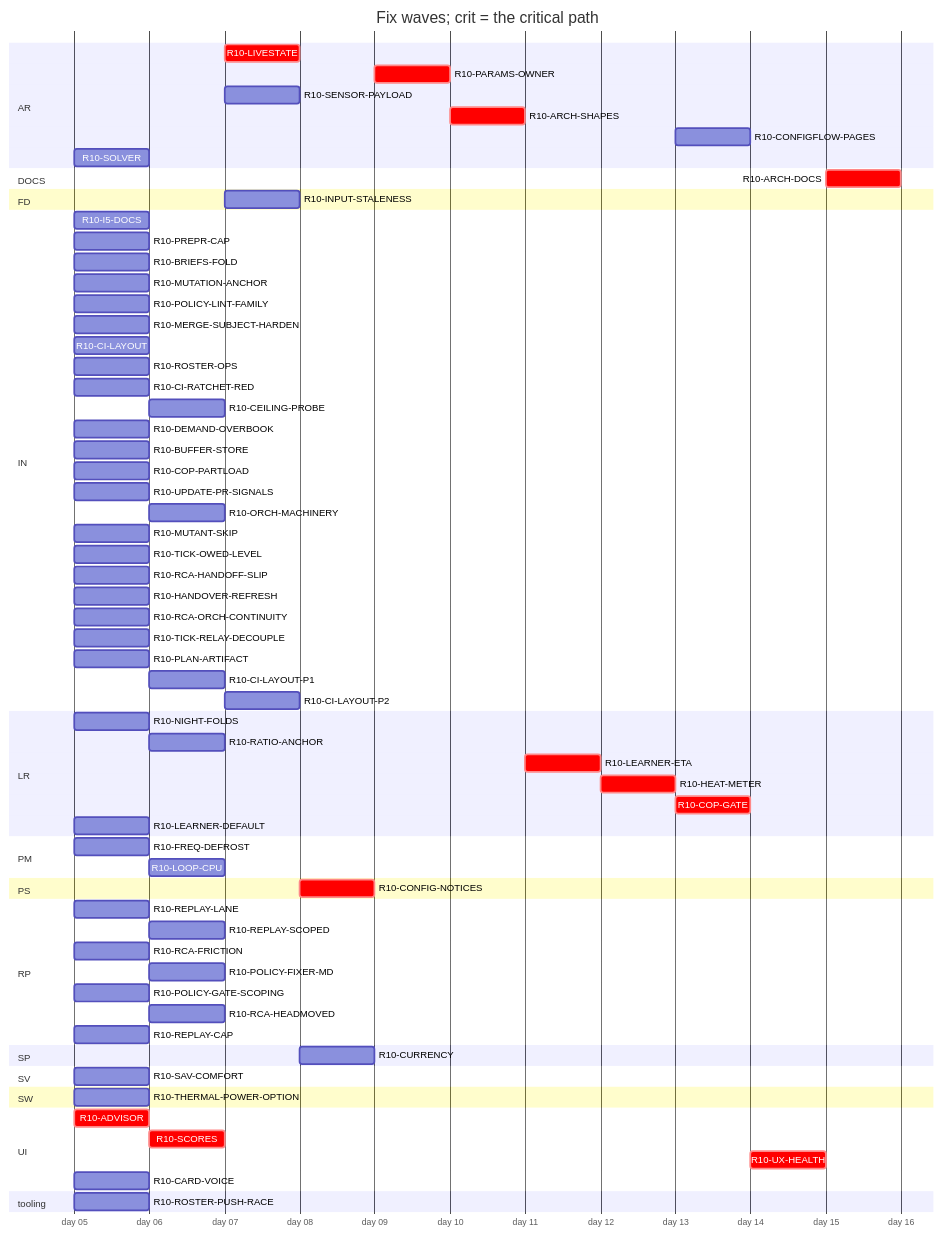
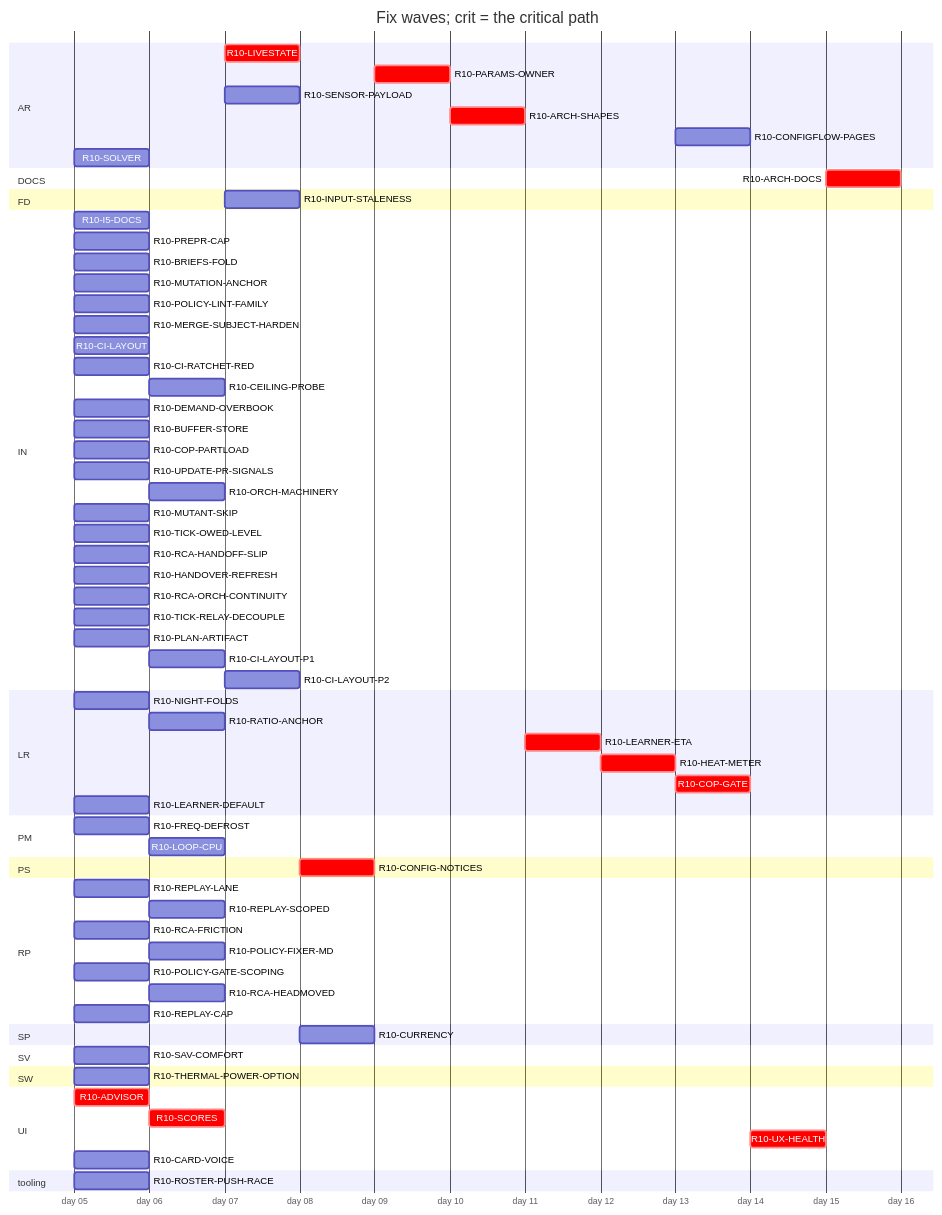
The diagram in handoff/round10/state/PLAN-TABLE.md (tvofi/heatpump_optimizer), drawn with Mermaid before and after one commit. The commit also changed other lines of this file and 2 other files, not shown here.

````diff
--- a/handoff/round10/state/PLAN-TABLE.md
+++ b/handoff/round10/state/PLAN-TABLE.md
@@ -26,75 +26,74 @@
 ```mermaid
 gantt
   title Fix waves; crit = the critical path
   dateFormat YYYY-MM-DD
   axisFormat day %d
   section AR
     R10-LIVESTATE :crit, r10LIVESTATE, after r10SCORES, 1d
     R10-PARAMS-OWNER :crit, r10PARAMSOWNER, after r10CONFIGNOTICES, 1d
     R10-SENSOR-PAYLOAD :r10SENSORPAYLOAD, after r10SCORES, 1d
     R10-ARCH-SHAPES :crit, r10ARCHSHAPES, after r10PARAMSOWNER r10SENSORPAYLOAD r10FREQDEFROST, 1d
     R10-CONFIGFLOW-PAGES :r10CONFIGFLOWPAGES, after r10HEATMETER, 1d
     R10-SOLVER :r10SOLVER, 2026-01-05, 1d
   section DOCS
     R10-ARCH-DOCS :crit, r10ARCHDOCS, after r10NIGHTFOLDS r10RATIOANCHOR r10INPUTSTALENESS r10CURRENCY r10FREQDEFROST r10LOOPCPU r10ADVISOR r10SCORES r10LIVESTATE r10CONFIGNOTICES r10PARAMSOWNER r10SENSORPAYLOAD r10ARCHSHAPES r10LEARNERETA r10HEATMETER r10COPGATE r10UXHEALTH r10CONFIGFLOWPAGES r10SOLVER r10I5DOCS r10BRIEFSFOLD r10REPLAYLANE r10REPLAYSCOPED, 1d
   section FD
     R10-INPUT-STALENESS :r10INPUTSTALENESS, after r10RATIOANCHOR, 1d
   section IN
     R10-I5-DOCS :r10I5DOCS, 2026-01-05, 1d
     R10-PREPR-CAP :r10PREPRCAP, 2026-01-05, 1d
     R10-BRIEFS-FOLD :r10BRIEFSFOLD, 2026-01-05, 1d
     R10-MUTATION-ANCHOR :r10MUTATIONANCHOR, 2026-01-05, 1d
     R10-POLICY-LINT-FAMILY :r10POLICYLINTFAMILY, 2026-01-05, 1d
     R10-MERGE-SUBJECT-HARDEN :r10MERGESUBJECTHARDEN, 2026-01-05, 1d
     R10-CI-LAYOUT :r10CILAYOUT, 2026-01-05, 1d
-    R10-ROSTER-OPS :r10ROSTEROPS, 2026-01-05, 1d
     R10-CI-RATCHET-RED :r10CIRATCHETRED, 2026-01-05, 1d
     R10-CEILING-PROBE :r10CEILINGPROBE, after r10CILAYOUT r10NIGHTFOLDS, 1d
     R10-DEMAND-OVERBOOK :r10DEMANDOVERBOOK, 2026-01-05, 1d
     R10-BUFFER-STORE :r10BUFFERSTORE, 2026-01-05, 1d
     R10-COP-PARTLOAD :r10COPPARTLOAD, 2026-01-05, 1d
     R10-UPDATE-PR-SIGNALS :r10UPDATEPRSIGNALS, 2026-01-05, 1d
-    R10-ORCH-MACHINERY :r10ORCHMACHINERY, after r10ROSTEROPS r10CILAYOUT, 1d
+    R10-ORCH-MACHINERY :r10ORCHMACHINERY, after r10CILAYOUT, 1d
     R10-MUTANT-SKIP :r10MUTANTSKIP, 2026-01-05, 1d
     R10-TICK-OWED-LEVEL :r10TICKOWEDLEVEL, 2026-01-05, 1d
     R10-RCA-HANDOFF-SLIP :r10RCAHANDOFFSLIP, 2026-01-05, 1d
     R10-HANDOVER-REFRESH :r10HANDOVERREFRESH, 2026-01-05, 1d
     R10-RCA-ORCH-CONTINUITY :r10RCAORCHCONTINUITY, 2026-01-05, 1d
     R10-TICK-RELAY-DECOUPLE :r10TICKRELAYDECOUPLE, 2026-01-05, 1d
     R10-PLAN-ARTIFACT :r10PLANARTIFACT, 2026-01-05, 1d
     R10-CI-LAYOUT-P1 :r10CILAYOUTP1, after r10CILAYOUT, 1d
     R10-CI-LAYOUT-P2 :r10CILAYOUTP2, after r10CILAYOUTP1, 1d
   section LR
     R10-NIGHT-FOLDS :r10NIGHTFOLDS, 2026-01-05, 1d
     R10-RATIO-ANCHOR :r10RATIOANCHOR, after r10NIGHTFOLDS, 1d
     R10-LEARNER-ETA :crit, r10LEARNERETA, after r10ARCHSHAPES, 1d
     R10-HEAT-METER :crit, r10HEATMETER, after r10LEARNERETA r10INPUTSTALENESS r10RATIOANCHOR, 1d
     R10-COP-GATE :crit, r10COPGATE, after r10HEATMETER r10SENSORPAYLOAD, 1d
     R10-LEARNER-DEFAULT :r10LEARNERDEFAULT, 2026-01-05, 1d
   section PM
     R10-FREQ-DEFROST :r10FREQDEFROST, 2026-01-05, 1d
     R10-LOOP-CPU :r10LOOPCPU, after r10FREQDEFROST, 1d
   section PS
     R10-CONFIG-NOTICES :crit, r10CONFIGNOTICES, after r10LIVESTATE, 1d
   section RP
     R10-REPLAY-LANE :r10REPLAYLANE, 2026-01-05, 1d
     R10-REPLAY-SCOPED :r10REPLAYSCOPED, after r10REPLAYLANE, 1d
     R10-RCA-FRICTION :r10RCAFRICTION, 2026-01-05, 1d
     R10-POLICY-FIXER-MD :r10POLICYFIXERMD, after r10RCAFRICTION r10BRIEFSFOLD, 1d
     R10-POLICY-GATE-SCOPING :r10POLICYGATESCOPING, 2026-01-05, 1d
     R10-RCA-HEADMOVED :r10RCAHEADMOVED, after r10RCAFRICTION, 1d
     R10-REPLAY-CAP :r10REPLAYCAP, 2026-01-05, 1d
   section SP
     R10-CURRENCY :r10CURRENCY, after r10INPUTSTALENESS, 1d
   section SV
     R10-SAV-COMFORT :r10SAVCOMFORT, 2026-01-05, 1d
   section SW
     R10-THERMAL-POWER-OPTION :r10THERMALPOWEROPTION, 2026-01-05, 1d
   section UI
     R10-ADVISOR :crit, r10ADVISOR, 2026-01-05, 1d
     R10-SCORES :crit, r10SCORES, after r10ADVISOR, 1d
     R10-UX-HEALTH :crit, r10UXHEALTH, after r10SCORES r10COPGATE r10HEATMETER, 1d
     R10-CARD-VOICE :r10CARDVOICE, 2026-01-05, 1d
   section tooling
     R10-ROSTER-PUSH-RACE :r10ROSTERPUSHRACE, 2026-01-05, 1d
 ```
````
